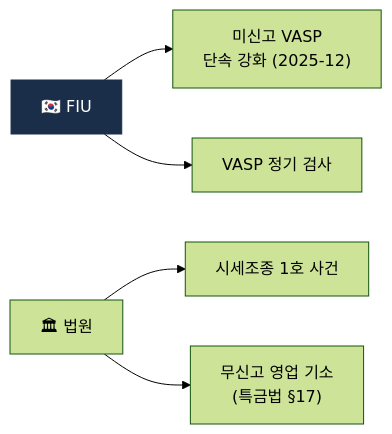
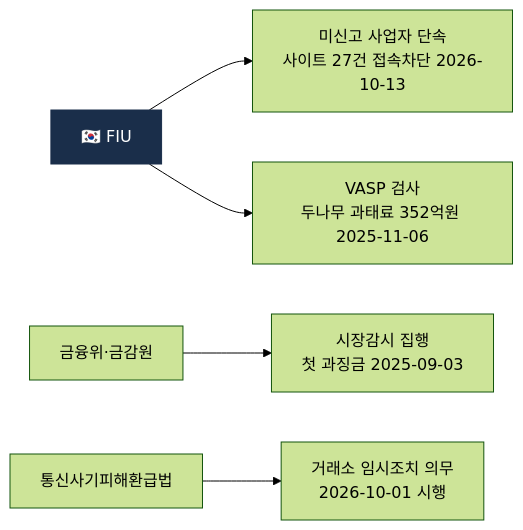
The first of 3 diagrams in curriculum/day_53.md (lala-david/aml-notes), drawn with Mermaid (forest theme) before and after one commit. The commit also changed other lines of this file and 233 other files, not shown here.

````diff
--- a/curriculum/day_53.md
+++ b/curriculum/day_53.md
@@ -13,8 +12,8 @@
 ```mermaid
 flowchart LR
-    F["🇰🇷 FIU"] --> U["미신고 VASP<br/>단속 강화 (2025-12)"]
-    F --> V["VASP 정기 검사"]
-    L["🏛 법원"] --> E["시세조종 1호 사건"]
-    L --> M["무신고 영업 기소<br/>(특금법 §17)"]
+    F["🇰🇷 FIU"] --> U["미신고 사업자 단속<br/>사이트 27건 접속차단 2026-10-13"]
+    F --> V["VASP 검사<br/>두나무 과태료 352억원 2025-11-06"]
+    G["금융위·금감원"] --> E["시장감시 집행<br/>첫 과징금 2025-09-03"]
+    T["통신사기피해환급법"] --> M["거래소 임시조치 의무<br/>2026-10-01 시행"]
     style F fill:#1a2e4a,color:#fff,stroke:#1a2e4a
 ```
````
